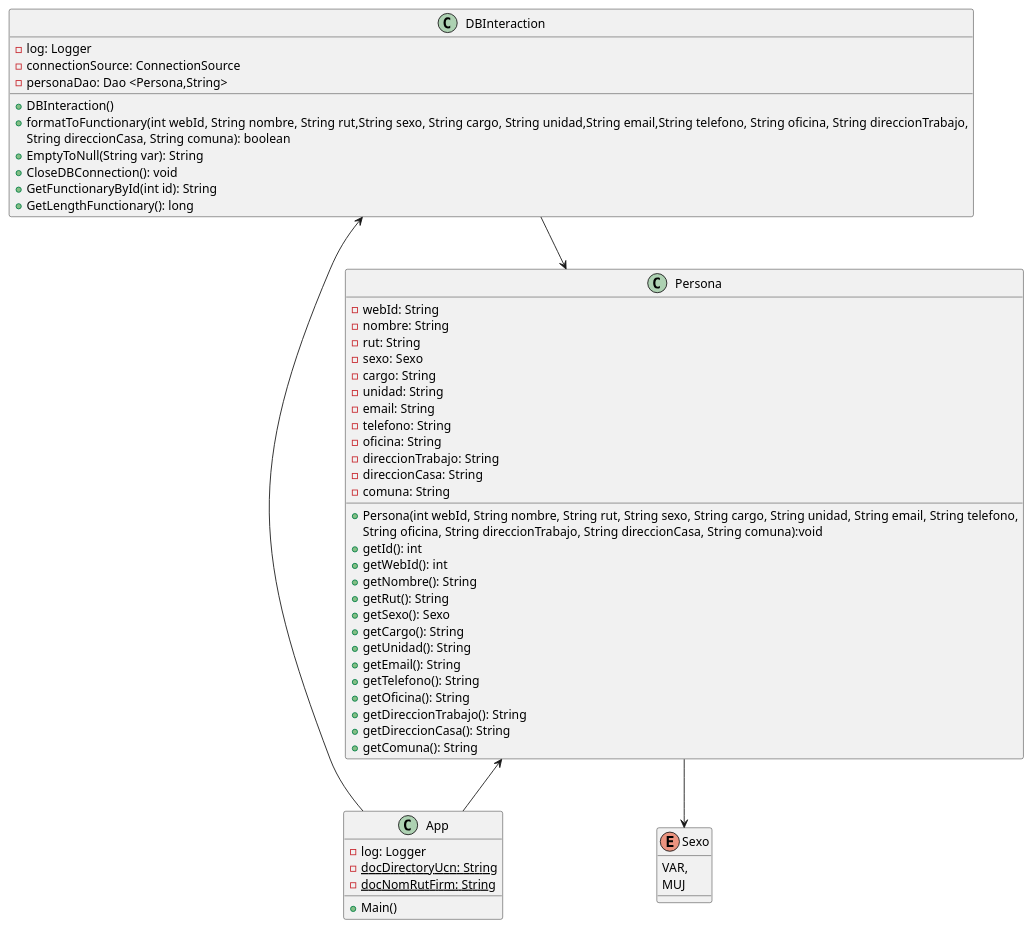
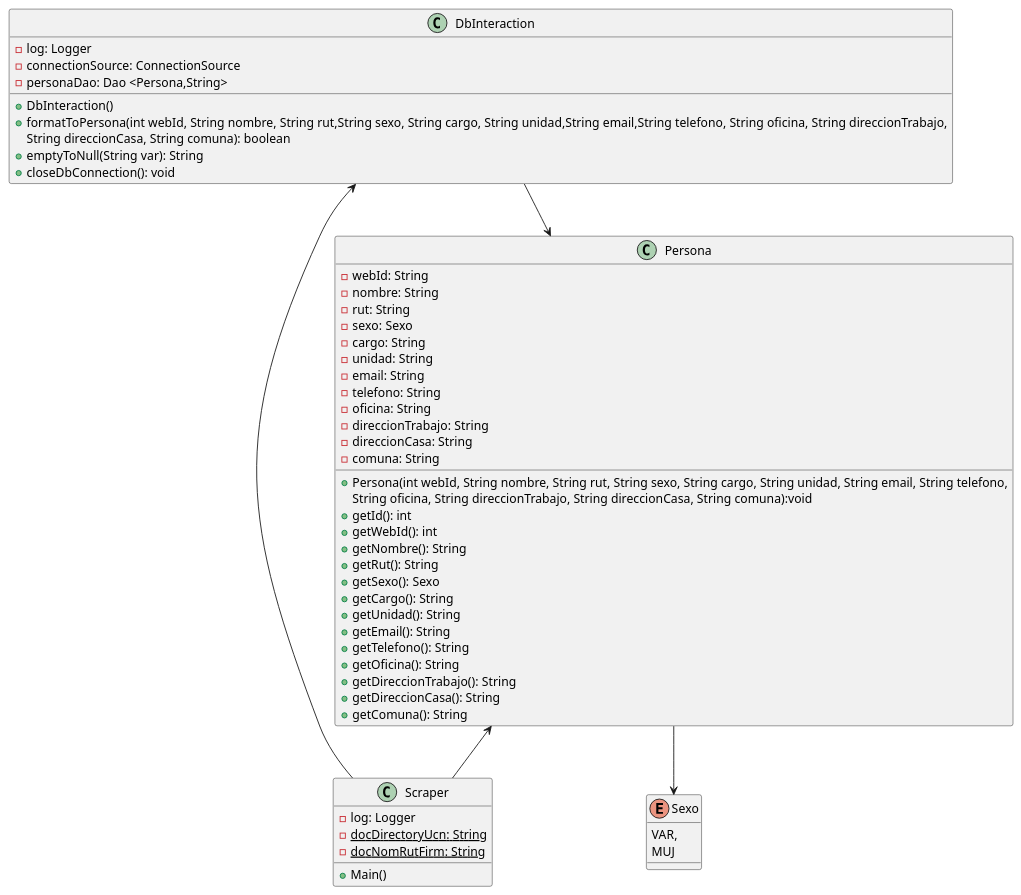
One commit to HyperCC/ParkingUCN changed the diagram in Scraper/README.md. Above: the diagram before and after it, drawn with PlantUML. The commit also changed 1 other file, not shown here.

Commit message:
docs(Scraper/README): update class diagram

```diff
--- a/Scraper/README.md
+++ b/Scraper/README.md
@@ -26,60 +26,58 @@
 @startuml
-class App {
+class Scraper {
     -log: Logger
     {static} - docDirectoryUcn: String
     {static} - docNomRutFirm: String
     +Main()
 }
 
-class DBInteraction{
+class DbInteraction{
     -log: Logger
     -connectionSource: ConnectionSource
     -personaDao: Dao <Persona,String>
     
-    +DBInteraction()
-    +formatToFunctionary(int webId, String nombre, String rut,String sexo, String cargo, String unidad,String email,String telefono, String oficina, String direccionTrabajo,
+    +DbInteraction()
+    +formatToPersona(int webId, String nombre, String rut,String sexo, String cargo, String unidad,String email,String telefono, String oficina, String direccionTrabajo,
     String direccionCasa, String comuna): boolean
-    +EmptyToNull(String var): String
-    +CloseDBConnection(): void
-    +GetFunctionaryById(int id): String
-    +GetLengthFunctionary(): long
+    +emptyToNull(String var): String
+    +closeDbConnection(): void
 }
 class Persona{
     -webId: String
     -nombre: String
     -rut: String
     -sexo: Sexo
     -cargo: String
     -unidad: String
     -email: String
     -telefono: String
     -oficina: String
     -direccionTrabajo: String
     -direccionCasa: String
     -comuna: String
     +Persona(int webId, String nombre, String rut, String sexo, String cargo, String unidad, String email, String telefono, 
     String oficina, String direccionTrabajo, String direccionCasa, String comuna):void
     +getId(): int
     +getWebId(): int
     +getNombre(): String
     +getRut(): String
     +getSexo(): Sexo
     +getCargo(): String
     +getUnidad(): String
     +getEmail(): String
     +getTelefono(): String
     +getOficina(): String
     +getDireccionTrabajo(): String
     +getDireccionCasa(): String
     +getComuna(): String
 }
 enum Sexo{
     VAR,
     MUJ
 }
 
 Persona --> Sexo
-Persona <-- App
-DBInteraction <-- App
-DBInteraction --> Persona
+Persona <-- Scraper
+DbInteraction <-- Scraper
+DbInteraction --> Persona
 @enduml
```
